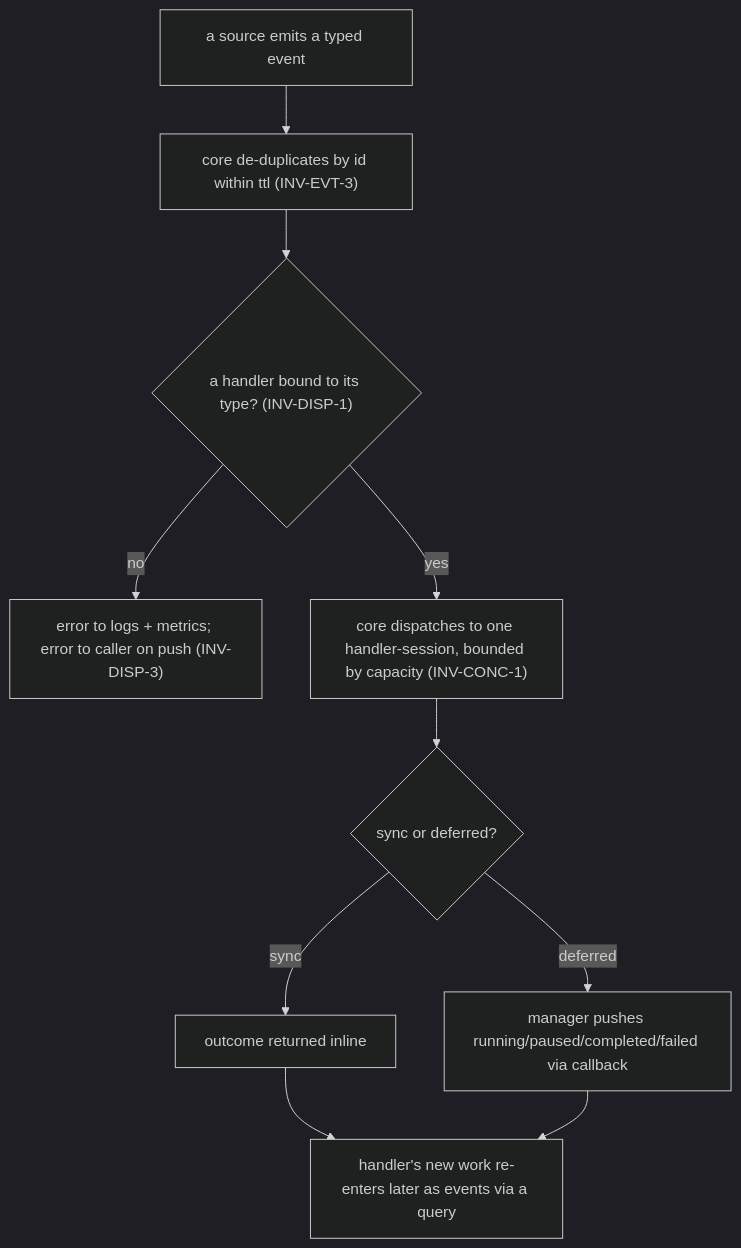
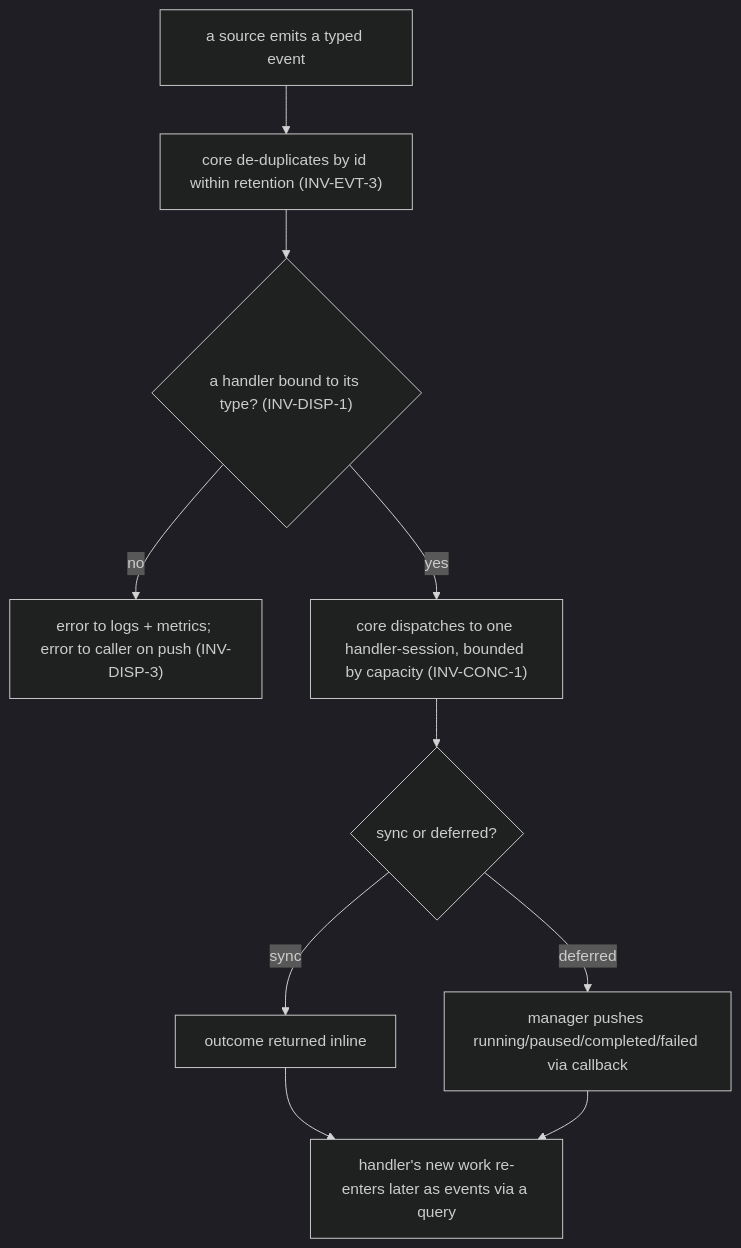
One commit to phillipgreenii/nix-agent-support changed the sixth of 13 diagrams in packages/pr-pool/docs/behavior/journeys.md. Above: the diagram before and after it, drawn with Mermaid (dark theme). The commit also changed other lines of this file and 11 other files, not shown here.

````diff
--- a/packages/pr-pool/docs/behavior/journeys.md
+++ b/packages/pr-pool/docs/behavior/journeys.md
@@ -293,12 +294,12 @@
 ```mermaid
 flowchart TD
-    emit["a source emits a typed event"] --> dedup["core de-duplicates by id within ttl (INV-EVT-3)"]
+    emit["a source emits a typed event"] --> dedup["core de-duplicates by id within retention (INV-EVT-3)"]
     dedup --> route{"a handler bound to its type? (INV-DISP-1)"}
     route -->|no| err["error to logs + metrics; error to caller on push (INV-DISP-3)"]
     route -->|yes| disp["core dispatches to one handler-session, bounded by capacity (INV-CONC-1)"]
     disp --> reply{"sync or deferred?"}
     reply -->|sync| out["outcome returned inline"]
     reply -->|deferred| cb["manager pushes running/paused/completed/failed via callback"]
     out --> done["handler's new work re-enters later as events via a query"]
     cb --> done
 ```
````
